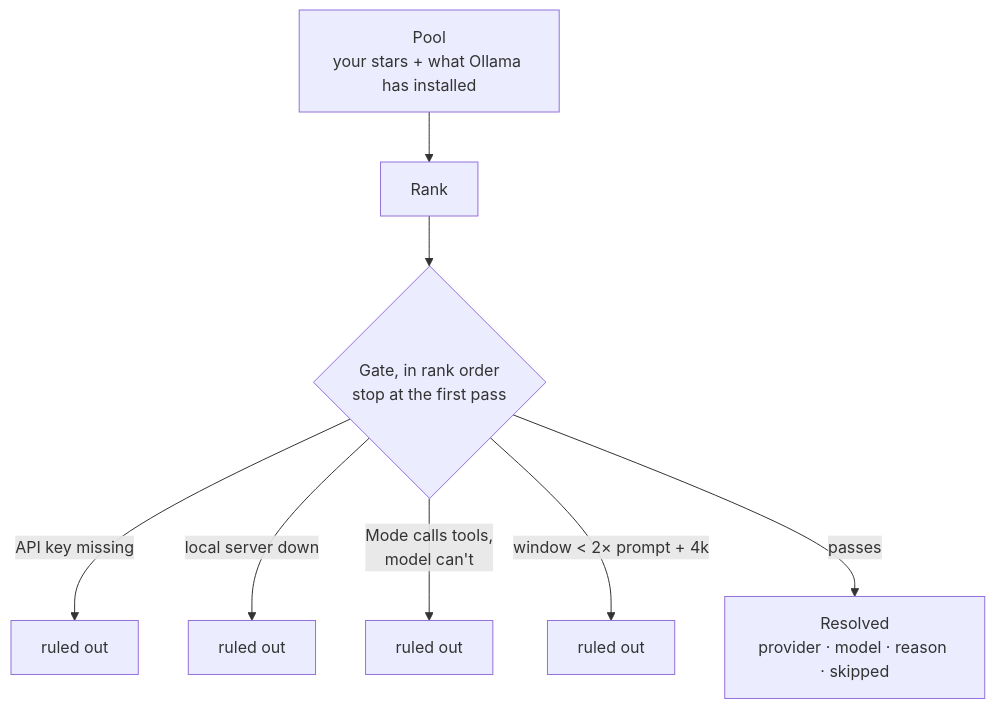
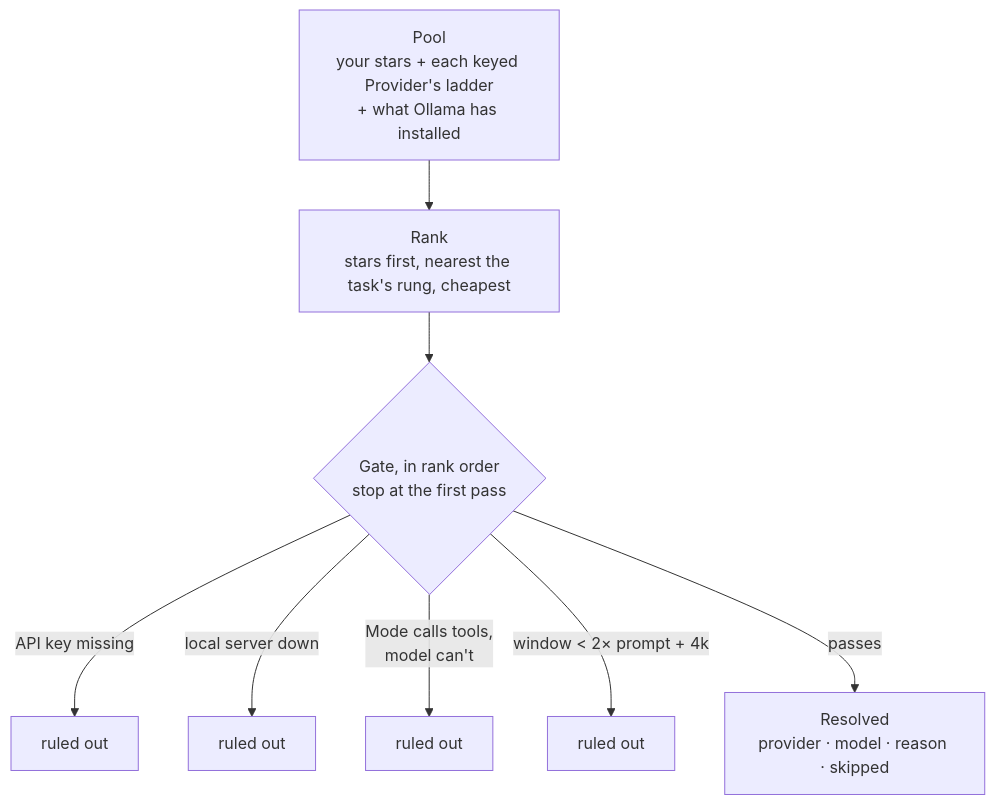
The second of 2 diagrams in docs/MODEL_ROUTING.md (pierreprudh/KLIDE), drawn with Mermaid before and after one commit. The commit also changed other lines of this file and 6 other files, not shown here.

First line of the commit message:
feat(routing): Auto picks a rung from the task shape and each keyed Provider's ladder

````diff
--- a/docs/MODEL_ROUTING.md
+++ b/docs/MODEL_ROUTING.md
@@ -46,10 +49,10 @@
 ```mermaid
 flowchart TD
-    A[Pool<br/>your stars + what Ollama has installed] --> B[Rank]
+    A[Pool<br/>your stars + each keyed Provider's ladder<br/>+ what Ollama has installed] --> B[Rank<br/>stars first, nearest the task's rung, cheapest]
     B --> C{"Gate, in rank order<br/>stop at the first pass"}
     C -->|API key missing| X1[ruled out]
     C -->|local server down| X2[ruled out]
     C -->|"Mode calls tools,<br/>model can't"| X3[ruled out]
     C -->|"window < 2× prompt + 4k"| X4[ruled out]
     C -->|passes| D[Resolved<br/>provider · model · reason · skipped]
 ```
````
